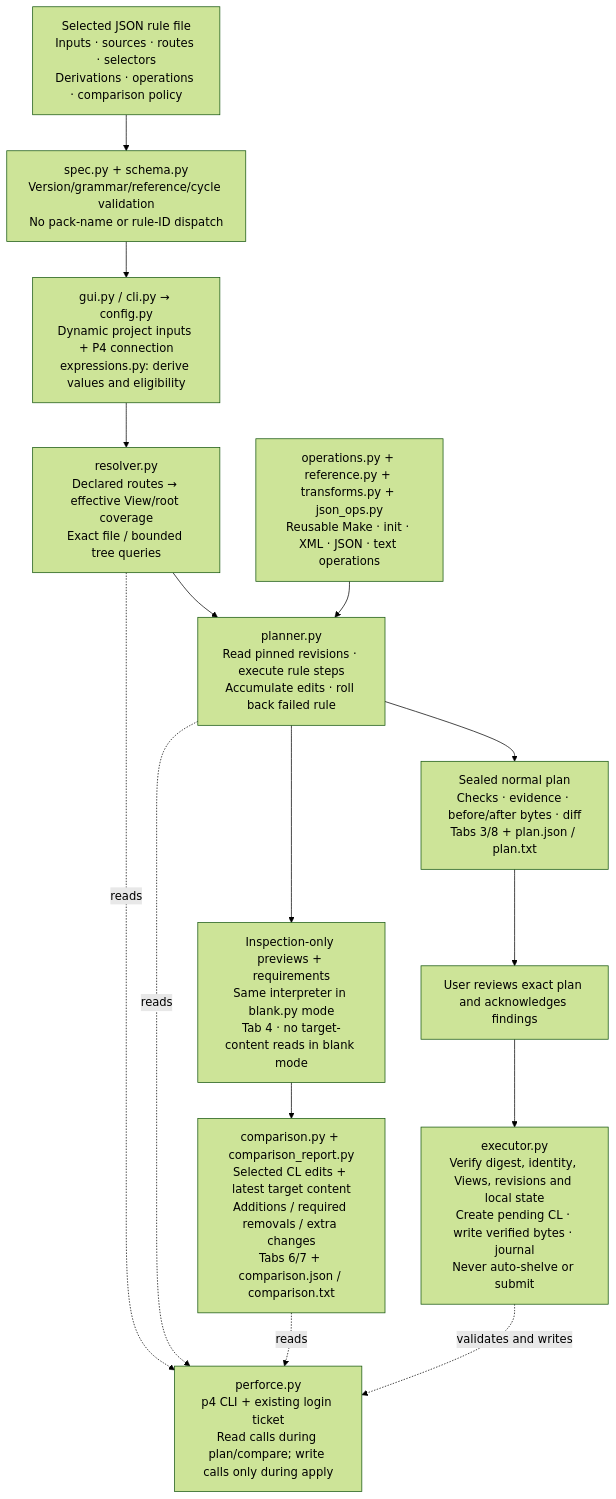
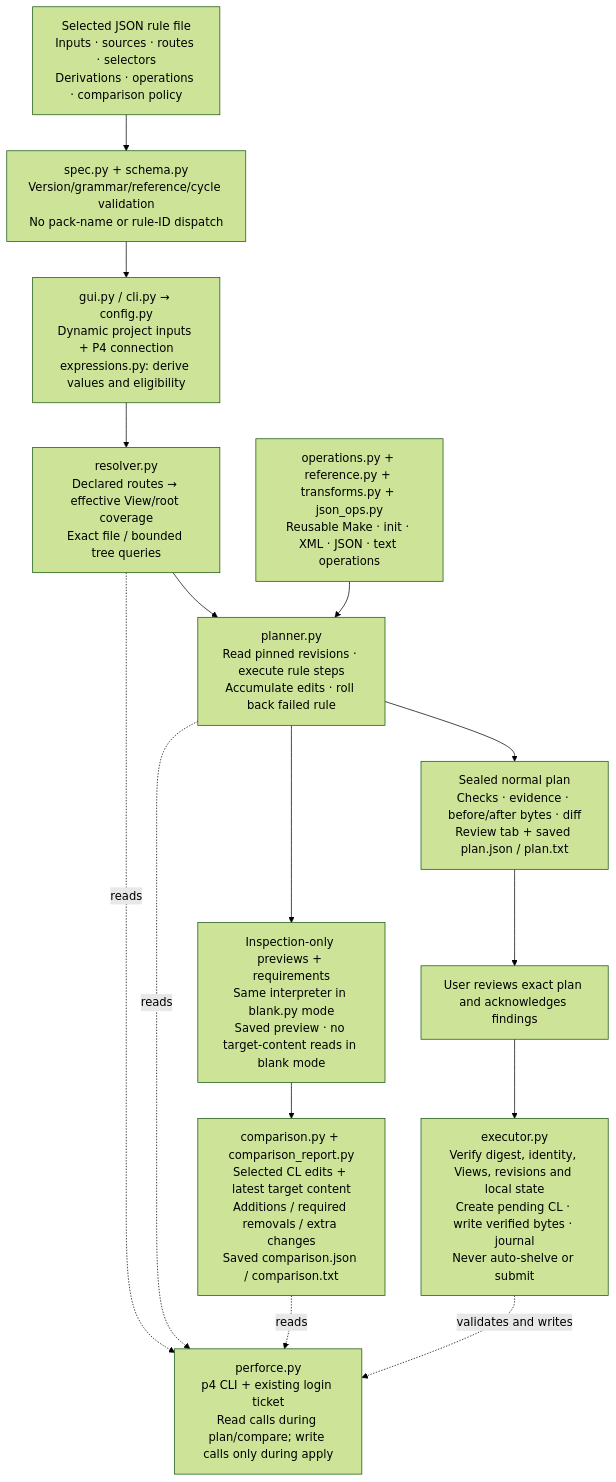
Before and after one commit to pranavbhole123/DeltaAutomationTool: the diagram in docs/architecture.mmd, drawn with Mermaid (forest theme). The commit also changed 6 other files, not shown here.

```diff
--- a/docs/architecture.mmd
+++ b/docs/architecture.mmd
@@ -1,21 +1,21 @@
 flowchart TD
     json["Selected JSON rule file<br/>Inputs · sources · routes · selectors<br/>Derivations · operations · comparison policy"]
     load["spec.py + schema.py<br/>Version/grammar/reference/cycle validation<br/>No pack-name or rule-ID dispatch"]
     inputs["gui.py / cli.py → config.py<br/>Dynamic project inputs + P4 connection<br/>expressions.py: derive values and eligibility"]
     resolve["resolver.py<br/>Declared routes → effective View/root coverage<br/>Exact file / bounded tree queries"]
     pure["operations.py + reference.py + transforms.py + json_ops.py<br/>Reusable Make · init · XML · JSON · text operations"]
     plan["planner.py<br/>Read pinned revisions · execute rule steps<br/>Accumulate edits · roll back failed rule"]
-    output["Sealed normal plan<br/>Checks · evidence · before/after bytes · diff<br/>Tabs 3/8 + plan.json / plan.txt"]
-    preview["Inspection-only previews + requirements<br/>Same interpreter in blank.py mode<br/>Tab 4 · no target-content reads in blank mode"]
-    compare["comparison.py + comparison_report.py<br/>Selected CL edits + latest target content<br/>Additions / required removals / extra changes<br/>Tabs 6/7 + comparison.json / comparison.txt"]
+    output["Sealed normal plan<br/>Checks · evidence · before/after bytes · diff<br/>Review tab + saved plan.json / plan.txt"]
+    preview["Inspection-only previews + requirements<br/>Same interpreter in blank.py mode<br/>Saved preview · no target-content reads in blank mode"]
+    compare["comparison.py + comparison_report.py<br/>Selected CL edits + latest target content<br/>Additions / required removals / extra changes<br/>Saved comparison.json / comparison.txt"]
     approval["User reviews exact plan and acknowledges findings"]
     apply["executor.py<br/>Verify digest, identity, Views, revisions and local state<br/>Create pending CL · write verified bytes · journal<br/>Never auto-shelve or submit"]
     p4["perforce.py<br/>p4 CLI + existing login ticket<br/>Read calls during plan/compare; write calls only during apply"]
     json --> load --> inputs --> resolve --> plan
     pure --> plan
     plan --> output --> approval --> apply
     plan --> preview --> compare
     resolve -. reads .-> p4
     plan -. reads .-> p4
     compare -. reads .-> p4
     apply -. validates and writes .-> p4
```
